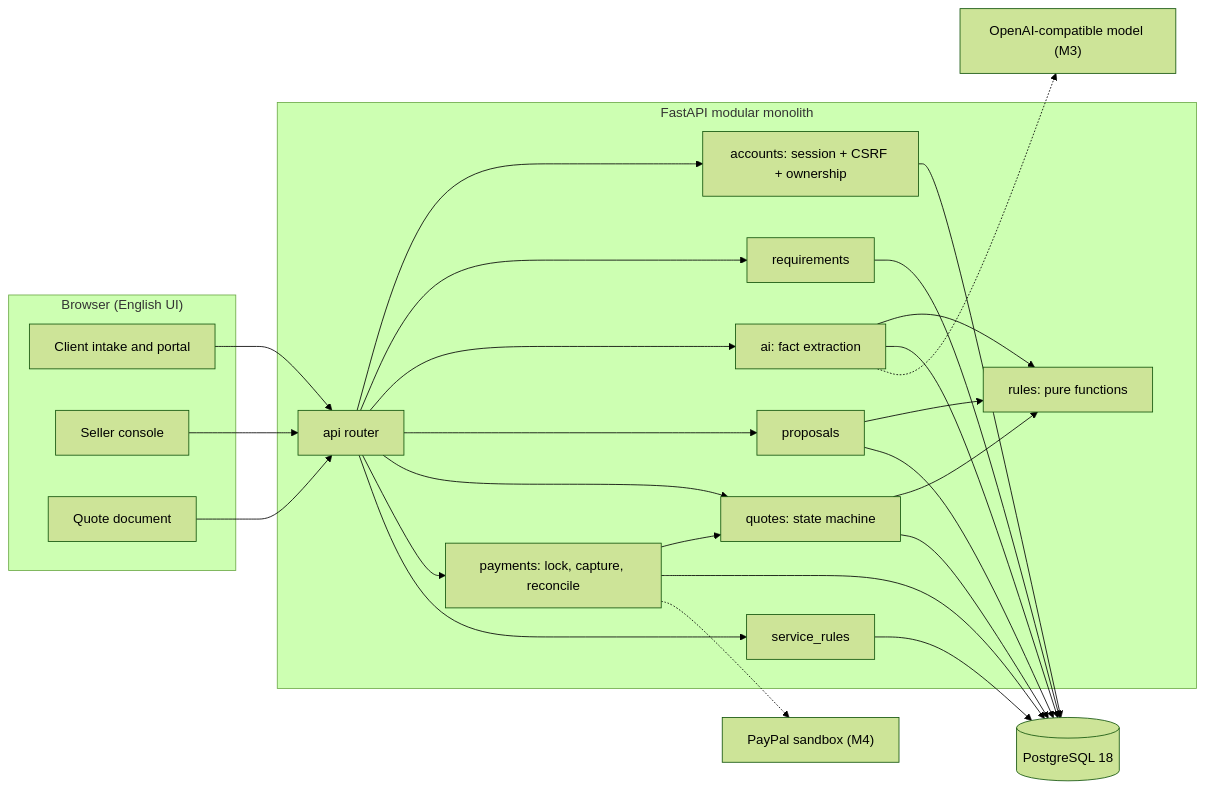
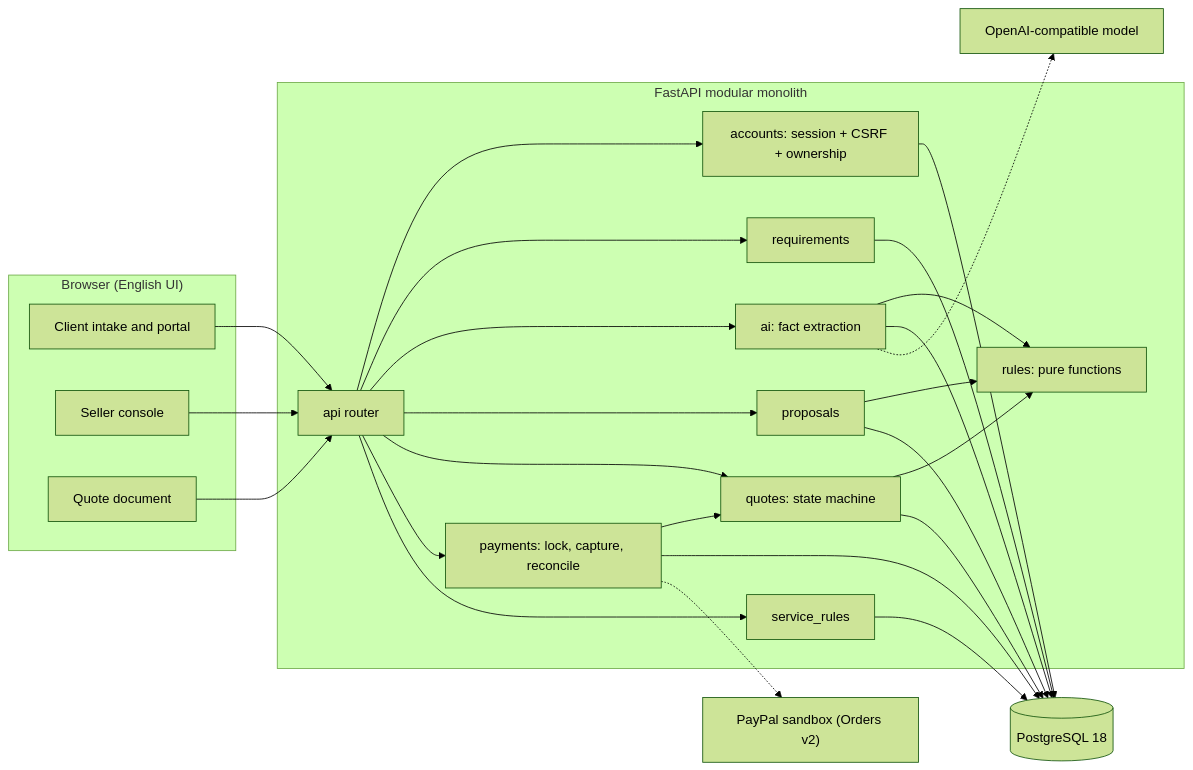
Before and after one commit to 1634594707/ScopeBridge: the diagram in README.md, drawn with Mermaid (forest theme). The commit also changed other lines of this file and 104 other files, not shown here.

First line of the commit message:
chore: keep the repository to product, code and two diagrams

````diff
--- a/README.md
+++ b/README.md
@@ -161,46 +146,46 @@
 ```mermaid
 flowchart LR
     subgraph Browser["Browser (English UI)"]
         A["Client intake and portal"]
         B["Seller console"]
         C["Quote document"]
     end
     subgraph API["FastAPI modular monolith"]
         R["api router"]
         AUTH["accounts: session + CSRF + ownership"]
         REQ["requirements"]
         AI["ai: fact extraction"]
         PROP["proposals"]
         QUOTE["quotes: state machine"]
         PAY["payments: lock, capture, reconcile"]
         RULES["rules: pure functions"]
         SR["service_rules"]
     end
     DB[("PostgreSQL 18")]
-    LLM["OpenAI-compatible model (M3)"]
-    PG["PayPal sandbox (M4)"]
+    LLM["OpenAI-compatible model"]
+    PG["PayPal sandbox (Orders v2)"]
 
     A --> R
     B --> R
     C --> R
     R --> AUTH
     R --> REQ
     R --> AI
     R --> PROP
     R --> QUOTE
     R --> PAY
     R --> SR
     AI --> RULES
     PROP --> RULES
     QUOTE --> RULES
     PAY --> QUOTE
     AUTH --> DB
     AI --> DB
     REQ --> DB
     PROP --> DB
     QUOTE --> DB
     PAY --> DB
     SR --> DB
     AI -.-> LLM
     PAY -.-> PG
 ```
````
